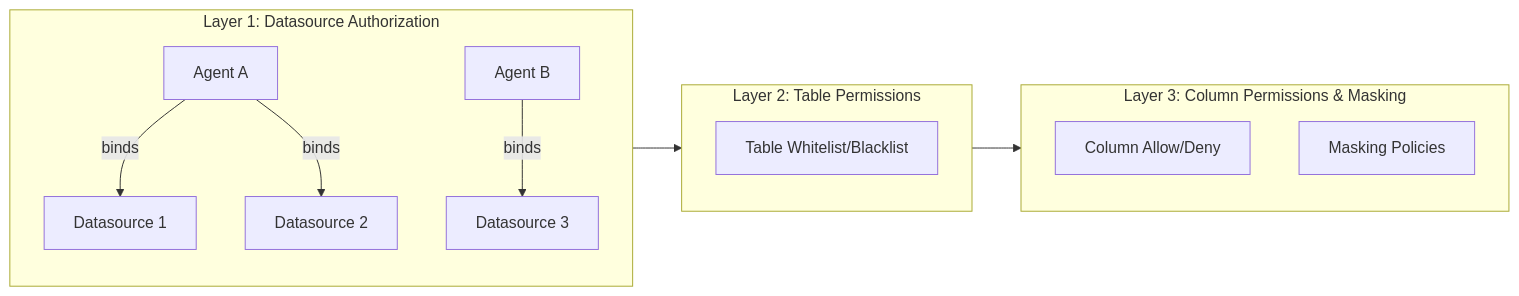
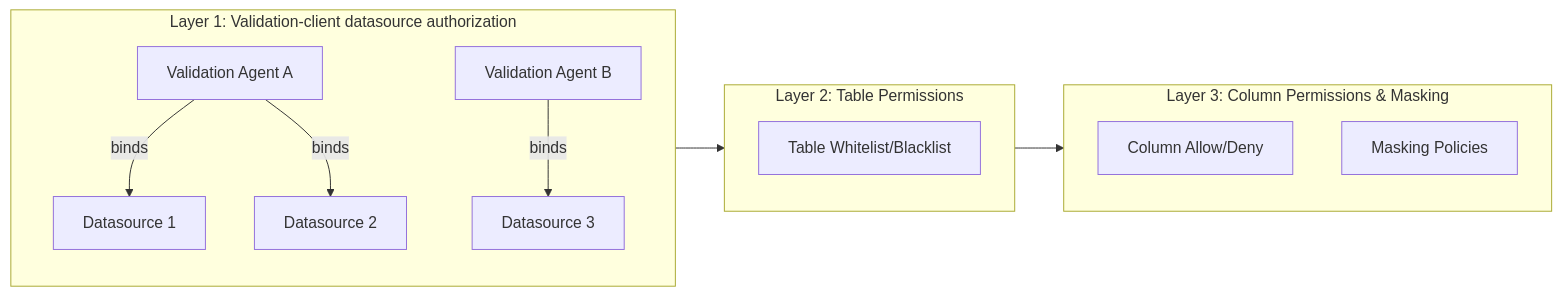
Before and after one commit to TtonyLiang/data-agent: the third of 4 diagrams in README.md, drawn with Mermaid. The commit also changed other lines of this file and 34 other files, not shown here.

````diff
--- a/README.md
+++ b/README.md
@@ -465,19 +469,19 @@
 ```mermaid
 flowchart LR
-    subgraph Layer1[Layer 1: Datasource Authorization]
-        A1[Agent A] -->|binds| D1[Datasource 1]
+    subgraph Layer1[Layer 1: Validation-client datasource authorization]
+        A1[Validation Agent A] -->|binds| D1[Datasource 1]
         A1 -->|binds| D2[Datasource 2]
-        A2[Agent B] -->|binds| D3[Datasource 3]
+        A2[Validation Agent B] -->|binds| D3[Datasource 3]
     end
 
     subgraph Layer2[Layer 2: Table Permissions]
         T1[Table Whitelist/Blacklist]
     end
 
     subgraph Layer3[Layer 3: Column Permissions & Masking]
         C1[Column Allow/Deny]
         M1[Masking Policies]
     end
 
     Layer1 --> Layer2 --> Layer3
 ```
````
